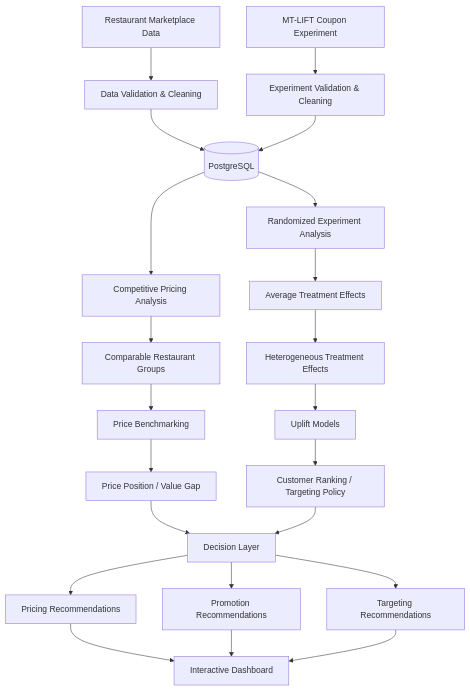
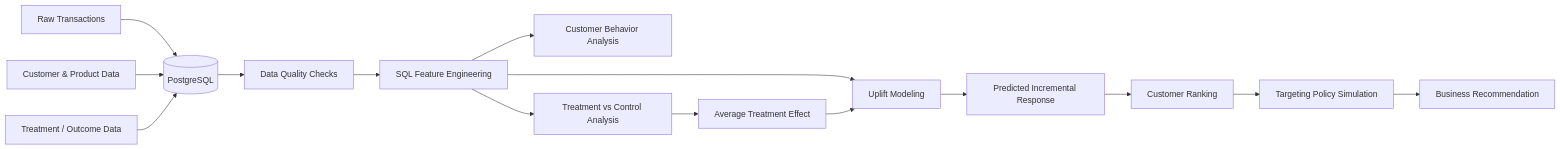
Before and after one commit to Thizisfranklin/Retail-Promotion-Targeting-Uplift-Modeling: the diagram in README.md, drawn with Mermaid. The commit also changed other lines of this file, not shown here.

````diff
--- a/README.md
+++ b/README.md
@@ -257,32 +88,25 @@
 ```mermaid
-flowchart TD
+flowchart LR
 
-    A[Restaurant Marketplace Data] --> B[Data Validation & Cleaning]
-    C[MT-LIFT Coupon Experiment] --> D[Experiment Validation & Cleaning]
+    A[Raw Transactions] --> D[(PostgreSQL)]
+    B[Customer & Product Data] --> D
+    C[Treatment / Outcome Data] --> D
 
-    B --> E[(PostgreSQL)]
-    D --> E
+    D --> E[Data Quality Checks]
+    E --> F[SQL Feature Engineering]
 
-    E --> F[Competitive Pricing Analysis]
-    E --> G[Randomized Experiment Analysis]
+    F --> G[Customer Behavior Analysis]
+    F --> H[Treatment vs Control Analysis]
 
-    F --> H[Comparable Restaurant Groups]
-    H --> I[Price Benchmarking]
-    I --> J[Price Position / Value Gap]
+    H --> I[Average Treatment Effect]
 
-    G --> K[Average Treatment Effects]
-    K --> L[Heterogeneous Treatment Effects]
-    L --> M[Uplift Models]
-    M --> N[Customer Ranking / Targeting Policy]
+    F --> J[Uplift Modeling]
+    I --> J
 
-    J --> O[Decision Layer]
-    N --> O
+    J --> K[Predicted Incremental Response]
 
-    O --> P[Pricing Recommendations]
-    O --> Q[Promotion Recommendations]
-    O --> R[Targeting Recommendations]
+    K --> L[Customer Ranking]
+    L --> M[Targeting Policy Simulation]
 
-    P --> S[Interactive Dashboard]
-    Q --> S
-    R --> S
+    M --> N[Business Recommendation]
 ```
````
